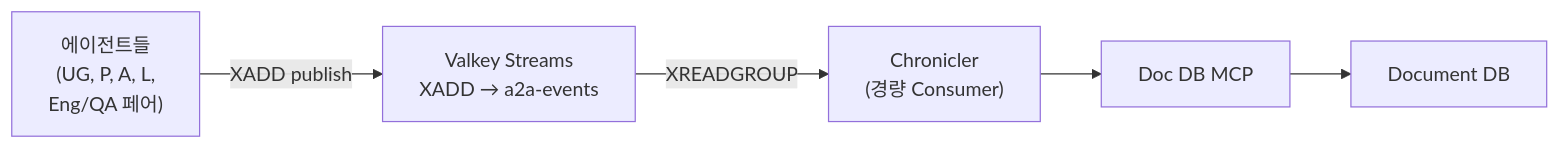
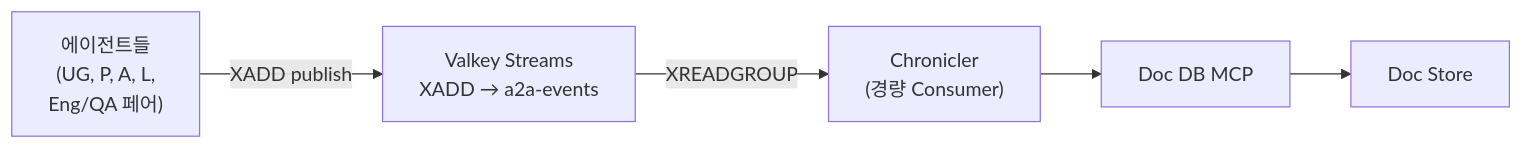
Before and after one commit to vonkernel/dev-team: the sixth of 13 diagrams in docs/proposal.md, drawn with Mermaid. The commit also changed other lines of this file and 82 other files, not shown here.

````diff
--- a/docs/proposal.md
+++ b/docs/proposal.md
@@ -763,12 +763,12 @@
 ```mermaid
 graph LR
     Agents["에이전트들<br/>(UG, P, A, L,<br/>Eng/QA 페어)"]
     Stream["Valkey Streams<br/>XADD → a2a-events"]
     Chronicler["Chronicler<br/>(경량 Consumer)"]
     DocMCP["Doc DB MCP"]
-    DocDB["Document DB"]
+    DocDB["Doc Store"]
 
     Agents -->|XADD publish| Stream
     Stream -->|XREADGROUP| Chronicler
     Chronicler --> DocMCP --> DocDB
 ```
````
